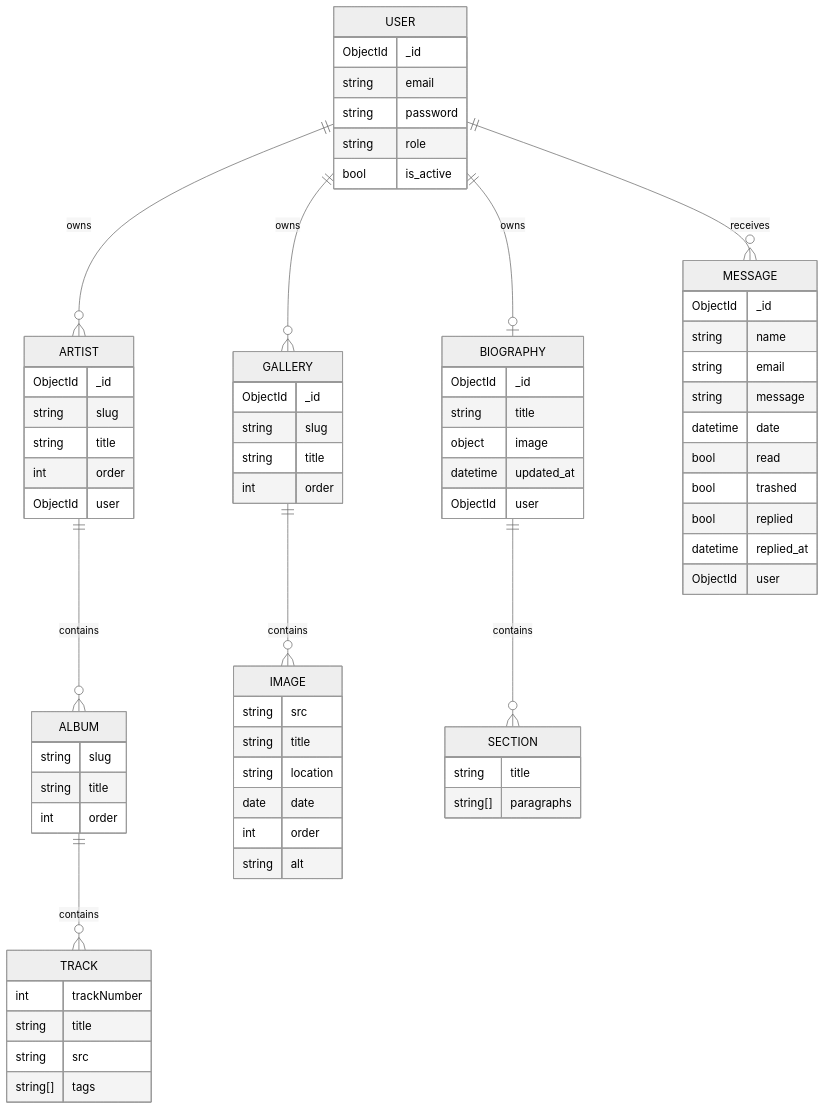
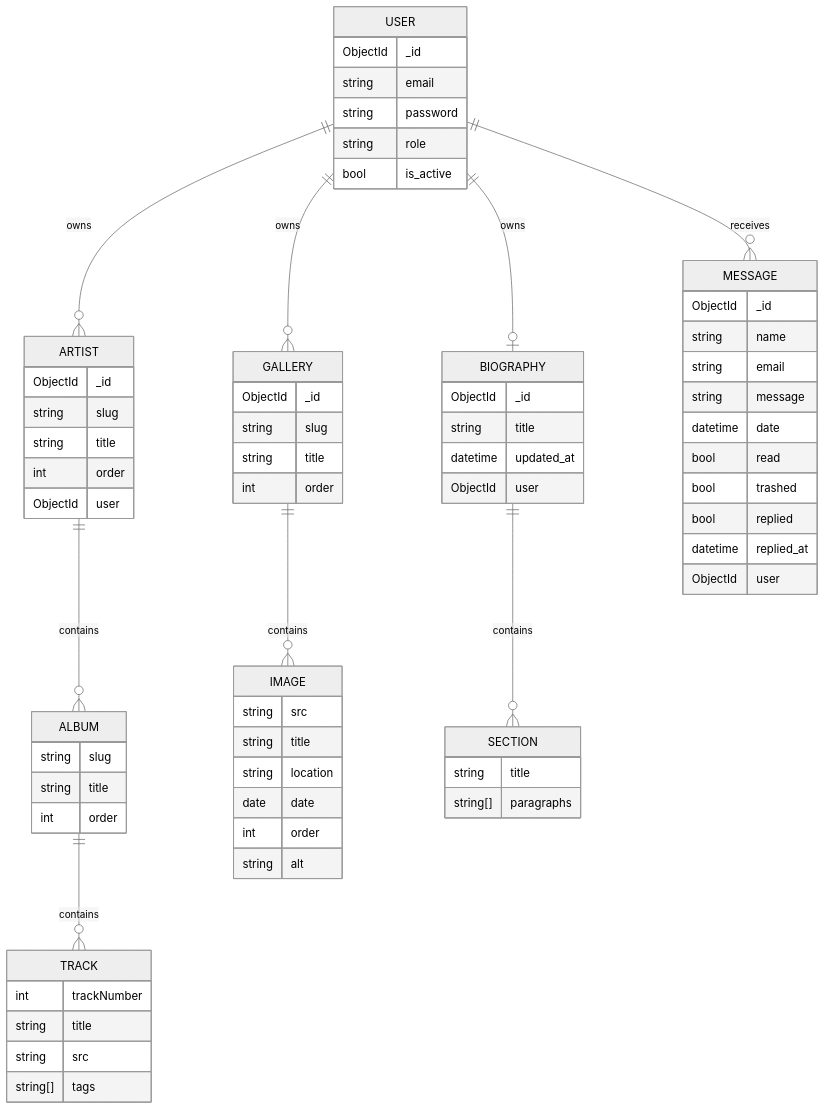
One commit to hakamir/Portfolio-Block-3 changed the fourth of 8 diagrams in README.md. Above: the diagram before and after it, drawn with Mermaid (neutral theme). The commit also changed other lines of this file and 15 other files, not shown here.

````diff
--- a/README.md
+++ b/README.md
@@ -179,74 +179,73 @@
 ```mermaid
 erDiagram
     ARTIST {
         ObjectId _id
         string slug
         string title
         int order
         ObjectId user
     }
     ALBUM {
         string slug
         string title
         int order
     }
     TRACK {
         int trackNumber
         string title
         string src
         string[] tags
     }
     GALLERY {
         ObjectId _id
         string slug
         string title
         int order
     }
     IMAGE {
         string src
         string title
         string location
         date date
         int order
         string alt
     }
     BIOGRAPHY {
         ObjectId _id
         string title
-        object image
         datetime updated_at
         ObjectId user
     }
     SECTION {
         string title
         string[] paragraphs
     }
     MESSAGE {
         ObjectId _id
         string name
         string email
         string message
         datetime date
         bool read
         bool trashed
         bool replied
         datetime replied_at
         ObjectId user
     }
     USER {
         ObjectId _id
         string email
         string password
         string role
         bool is_active
     }
 
     ARTIST ||--o{ ALBUM: contains
     ALBUM ||--o{ TRACK: contains
     GALLERY ||--o{ IMAGE: contains
     BIOGRAPHY ||--o{ SECTION: contains
     USER ||--o| BIOGRAPHY: owns
     USER ||--o{ ARTIST: owns
     USER ||--o{ GALLERY: owns
     USER ||--o{ MESSAGE: receives
 ```
````
